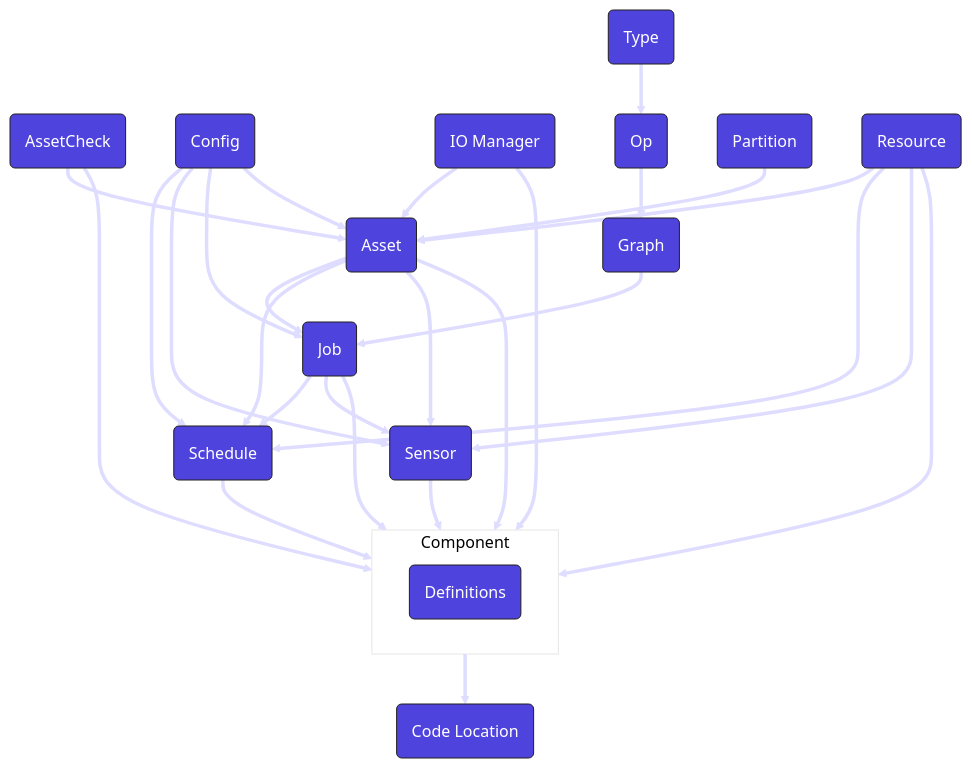
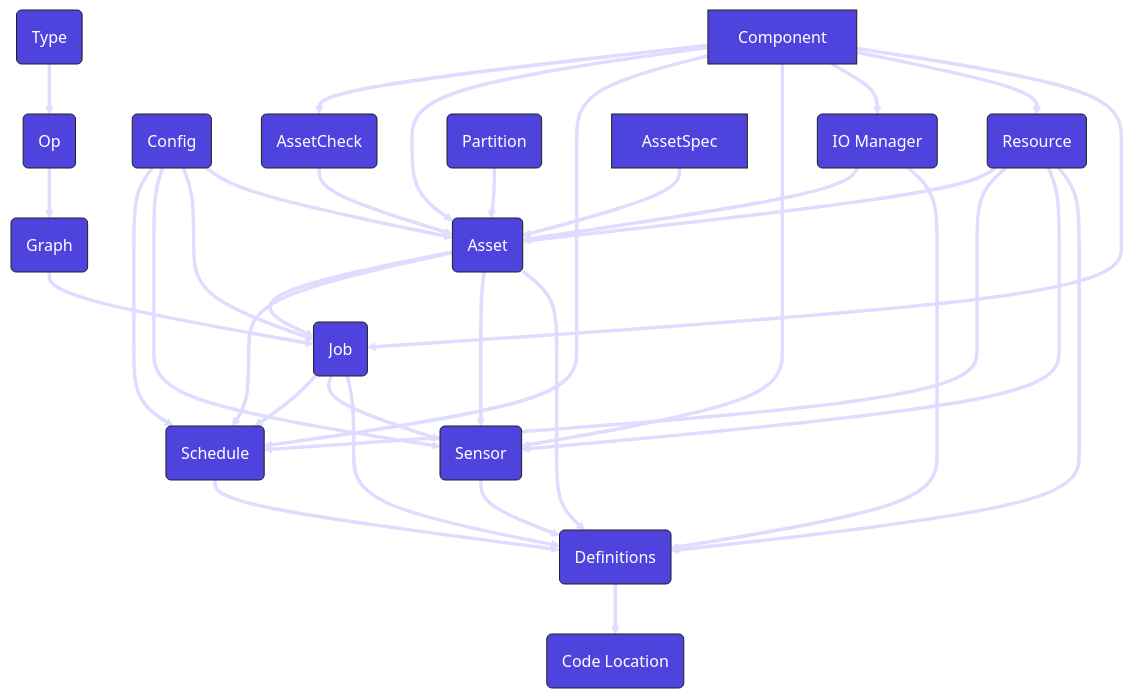
One commit to dagster-io/dagster changed the first of 17 diagrams in docs/docs/getting-started/concepts.md. Above: the diagram before and after it, drawn with Mermaid. The commit also changed other lines of this file, not shown here.

Commit message:
fix diagrams

````diff
--- a/docs/docs/getting-started/concepts.md
+++ b/docs/docs/getting-started/concepts.md
@@ -23,46 +23,46 @@
   graph TD
 
     AssetCheck(AssetCheck)
-    %% click AssetCheck href "concepts#asset-check"
+    %% click AssetCheck href "#asset-check"
 
     Asset(Asset)
-    %%click Asset href "concepts#asset"
+    %%click Asset href "#asset"
 
     Config(Config)
-    %%click Config href "concepts#config"
+    %%click Config href "#config"
 
     CodeLocation(Code Location)
-    %%click CodeLocation href "concepts#code-location"
+    %%click CodeLocation href "#code-location"
 
     Definitions(Definitions)
-    %%click Definitions href "concepts#definitions"
+    %%click Definitions href "#definitions"
 
     Graph(Graph)
-    %%click Graph href "concepts#graph"
+    %%click Graph href "#graph"
 
     IoManager(IO Manager)
-    %%click IoManager href "concepts#io-manager"
+    %%click IoManager href "#io-manager"
 
     Job(Job)
-    %%click Job href "concepts#job"
+    %%click Job href "#job"
 
     Op(Op)
-    %%click Op href "concepts#op"
+    %%click Op href "#op"
 
     Partition(Partition)
-    %%click Partition href "concepts#partition"
+    %%click Partition href "#partition"
 
     Resource(Resource)
-    %%click Resource href "concepts#resource"
+    %%click Resource href "#resource"
 
     Schedule(Schedule)
-    %%click Schedule href "concepts#schedule"
+    %%click Schedule href "#schedule"
 
     Sensor(Sensor)
-    %%click Sensor href "concepts#sensor"
+    %%click Sensor href "#sensor"
 
     Type(Type)
-    %%click Type href "concepts#type"
+    %%click Type href "#type"
 
     Type ==> Op
     Op ==> Graph
@@ -70,7 +70,7 @@
 
     Job ==> Schedule
     Job ==> Sensor
-    Job ==> Component
+    Job ==> Definitions
 
     Partition ==> Asset
     IoManager ==> Asset
@@ -79,8 +79,9 @@
     Resource ==> Schedule
     Resource ==> Sensor
 
-    AssetCheck ==> Component
+    Component ==> AssetCheck
     AssetCheck ==> Asset
+    AssetSpec ==> Asset
 
     Config ==> Schedule
     Config ==> Sensor
@@ -91,15 +92,18 @@
     Asset ==> Schedule
     Asset ==> Sensor
 
-    subgraph Component
-    Definitions
-    end
+    Component ==> Asset
+    Component ==> Schedule
+    Component ==> Sensor
+    Component ==> IoManager
+    Component ==> Resource
+    Component ==> Job
 
-    Asset ==> Component
-    Schedule ==> Component
-    Sensor ==> Component
-    IoManager ==> Component
-    Resource ==> Component
+    Asset ==> Definitions
+    Schedule ==> Definitions
+    Sensor ==> Definitions
+    IoManager ==> Definitions
+    Resource ==> Definitions
 
-    Component ==> CodeLocation
+    Definitions ==> CodeLocation
 ```
````
